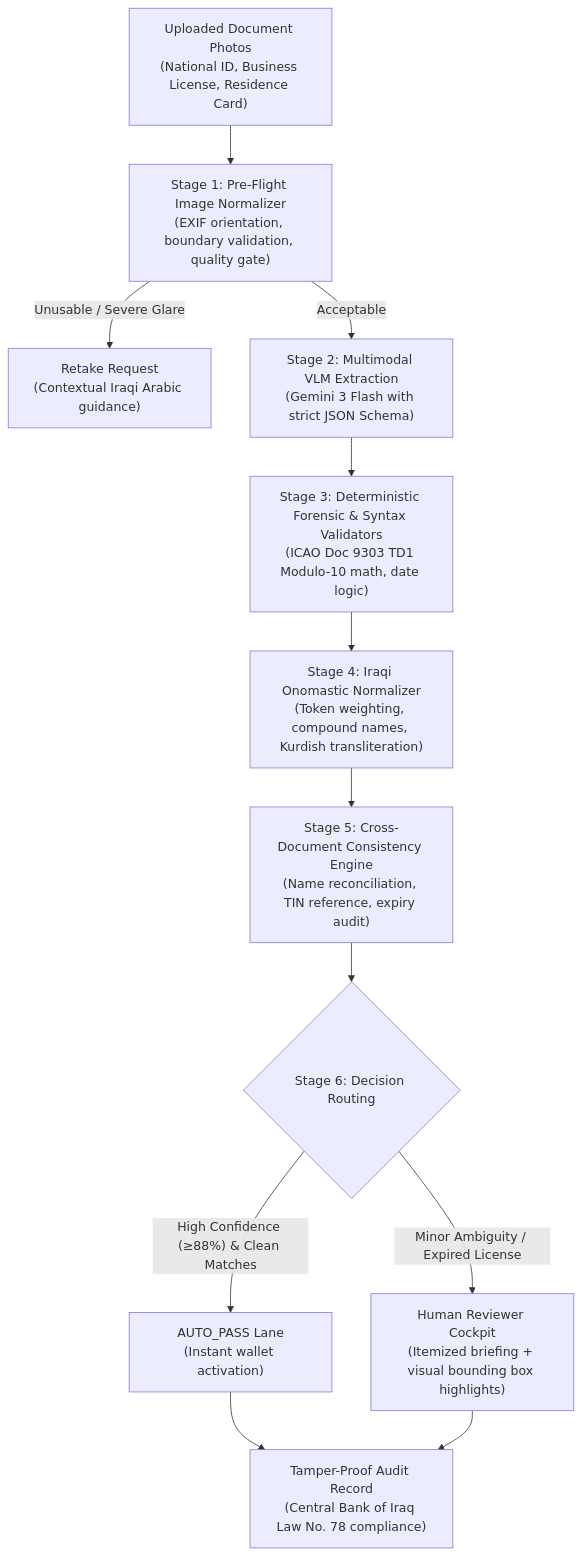
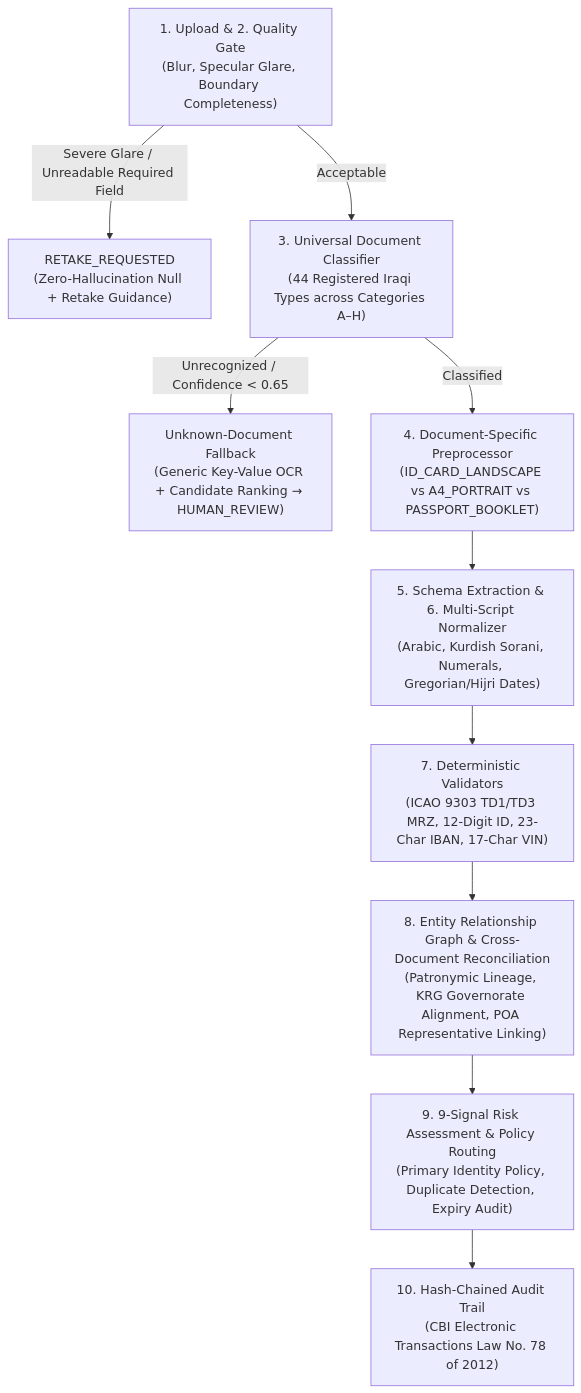
Before and after one commit to voidaisystems/rostro-kyc: the diagram in README.md, drawn with Mermaid. The commit also changed other lines of this file and 3 other files, not shown here.

Commit message:
feat(cockpit-docs): add Coverage Matrix dialog, 9 separated signals strip, multi-doc specimen viewer, and DOCUMENT_COVERAGE_MATRIX.md

````diff
--- a/README.md
+++ b/README.md
@@ -24,14 +42,12 @@
 ```mermaid
 flowchart TD
-    A["Uploaded Document Photos\n(National ID, Business License, Residence Card)"] --> B["Stage 1: Pre-Flight Image Normalizer\n(EXIF orientation, boundary validation, quality gate)"]
-    B -->|"Unusable / Severe Glare"| C["Retake Request\n(Contextual Iraqi Arabic guidance)"]
-    B -->|"Acceptable"| D["Stage 2: Multimodal VLM Extraction\n(Gemini 3 Flash with strict JSON Schema)"]
-    D --> E["Stage 3: Deterministic Forensic & Syntax Validators\n(ICAO Doc 9303 TD1 Modulo-10 math, date logic)"]
-    E --> F["Stage 4: Iraqi Onomastic Normalizer\n(Token weighting, compound names, Kurdish transliteration)"]
-    F --> G["Stage 5: Cross-Document Consistency Engine\n(Name reconciliation, TIN reference, expiry audit)"]
-    G --> H{"Stage 6: Decision Routing"}
-    H -->|"High Confidence (≥88%) & Clean Matches"| I["AUTO_PASS Lane\n(Instant wallet activation)"]
-    H -->|"Minor Ambiguity / Expired License"| J["Human Reviewer Cockpit\n(Itemized briefing + visual bounding box highlights)"]
-    I --> K["Tamper-Proof Audit Record\n(Central Bank of Iraq Law No. 78 compliance)"]
-    J --> K
+    A["1. Upload & 2. Quality Gate\n(Blur, Specular Glare, Boundary Completeness)"] -->|"Severe Glare / Unreadable Required Field"| R["RETAKE_REQUESTED\n(Zero-Hallucination Null + Retake Guidance)"]
+    A -->|"Acceptable"| B["3. Universal Document Classifier\n(44 Registered Iraqi Types across Categories A–H)"]
+    B -->|"Unrecognized / Confidence < 0.65"| U["Unknown-Document Fallback\n(Generic Key-Value OCR + Candidate Ranking → HUMAN_REVIEW)"]
+    B -->|"Classified"| C["4. Document-Specific Preprocessor\n(ID_CARD_LANDSCAPE vs A4_PORTRAIT vs PASSPORT_BOOKLET)"]
+    C --> D["5. Schema Extraction & 6. Multi-Script Normalizer\n(Arabic, Kurdish Sorani, Numerals, Gregorian/Hijri Dates)"]
+    D --> E["7. Deterministic Validators\n(ICAO 9303 TD1/TD3 MRZ, 12-Digit ID, 23-Char IBAN, 17-Char VIN)"]
+    E --> F["8. Entity Relationship Graph & Cross-Document Reconciliation\n(Patronymic Lineage, KRG Governorate Alignment, POA Representative Linking)"]
+    F --> G["9. 9-Signal Risk Assessment & Policy Routing\n(Primary Identity Policy, Duplicate Detection, Expiry Audit)"]
+    G --> H["10. Hash-Chained Audit Trail\n(CBI Electronic Transactions Law No. 78 of 2012)"]
 ```
````
